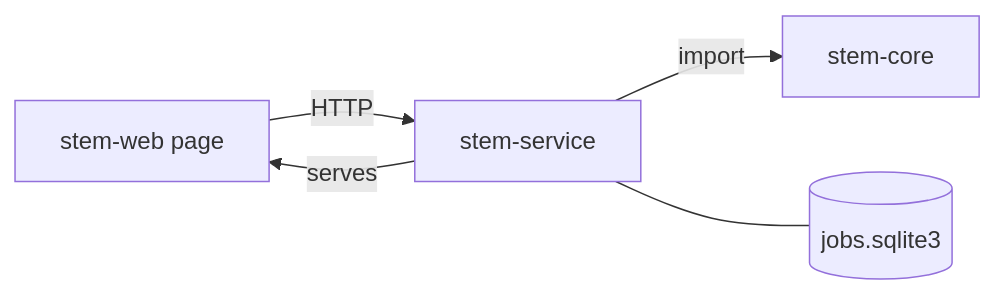
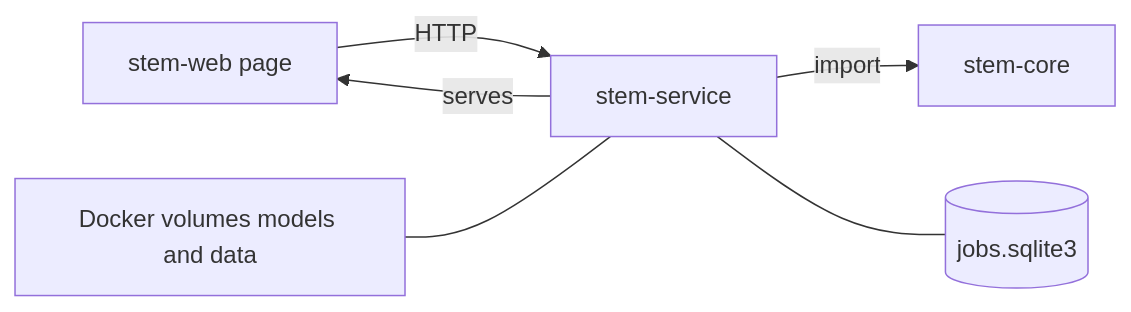
One commit to martinmayer-tech/music-stems changed the diagram in docs/architecture-overview.md. Above: the diagram before and after it, drawn with Mermaid. The commit also changed other lines of this file and 48 other files, not shown here.

````diff
--- a/docs/architecture-overview.md
+++ b/docs/architecture-overview.md
@@ -21,7 +21,8 @@
 ```mermaid
 flowchart LR
     A[stem-web page] -->|HTTP| B[stem-service]
     B -->|serves| A
     B -->|import| C[stem-core]
     B --- D[(jobs.sqlite3)]
+    E[Docker volumes models and data] --- B
 ```
````
